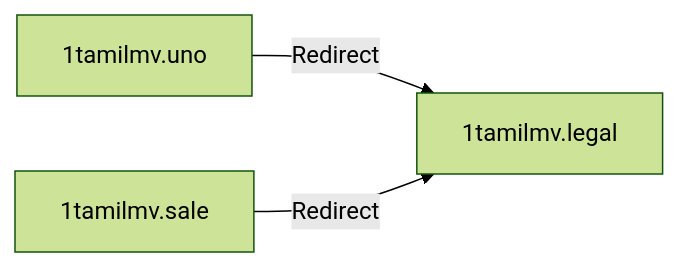
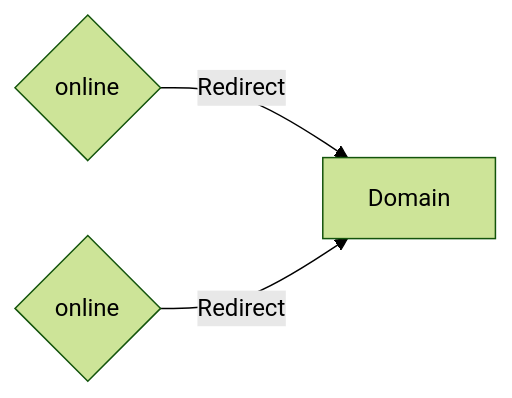
The diagram in README.md (Tpj-root/SiteEvolution), drawn with Mermaid (forest theme) before and after one commit.

````diff
--- a/README.md
+++ b/README.md
@@ -197,5 +197,5 @@
 ```mermaid
 graph LR;
-    1tamilmv.uno--Redirect-->1tamilmv.legal;
-    1tamilmv.sale--Redirect-->1tamilmv.legal;
+    1tamilmv.uno{online}--Redirect-->1tamilmv.legal[Domain];
+    1tamilmv.sale{online}--Redirect-->1tamilmv.legal[Domain];
 ```
````
